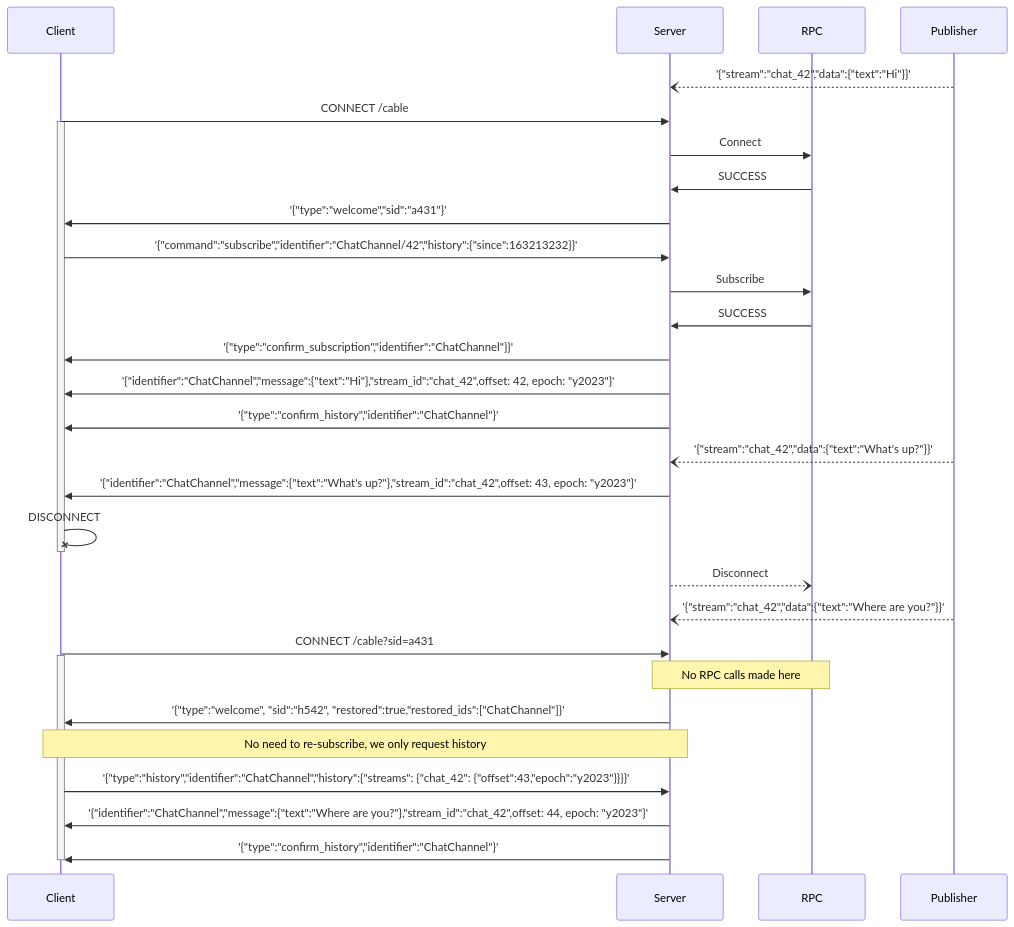
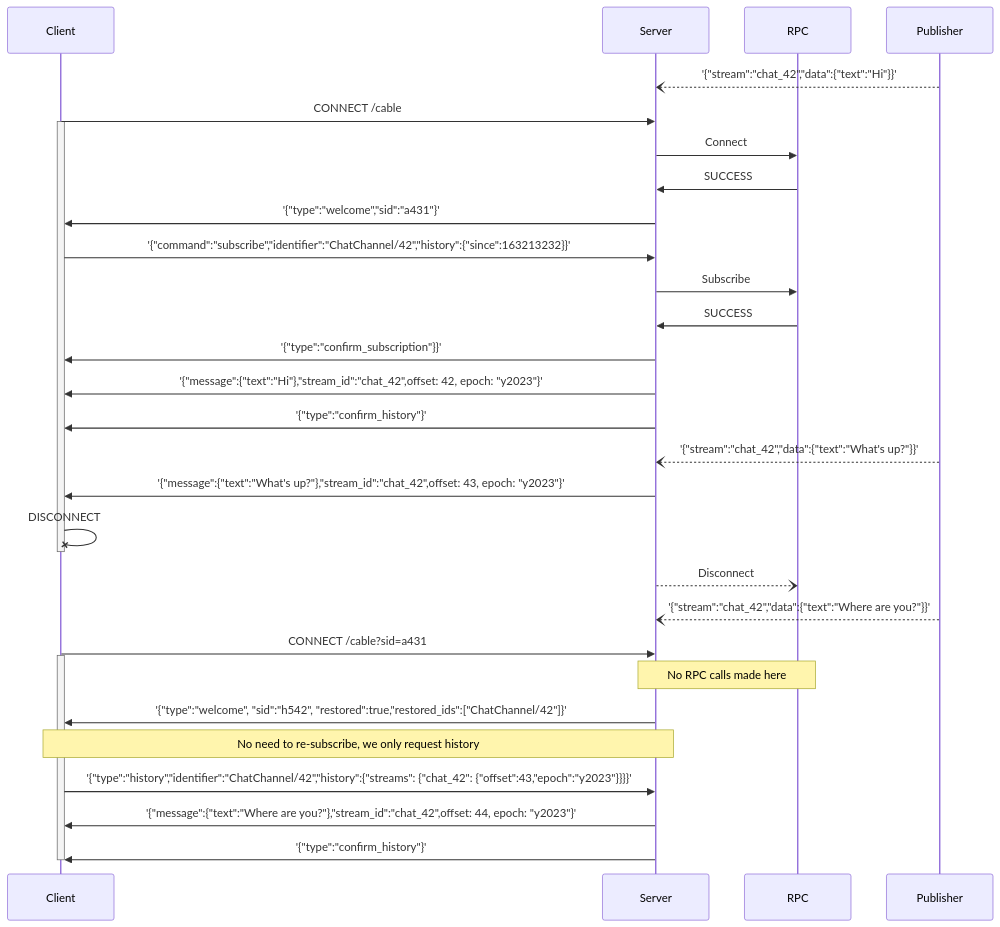
Before and after one commit to anycable/anycable: the first of 2 diagrams in docs/broker.md, drawn with Mermaid.

Commit message:
docs: upd broker sequence diagram

````diff
--- a/docs/broker.md
+++ b/docs/broker.md
@@ -58,34 +58,34 @@
 ```mermaid
 sequenceDiagram
     participant Client
     participant Server
     participant RPC
     participant Publisher
     Publisher--)Server: '{"stream":"chat_42","data":{"text":"Hi"}}'
     Client->>Server: CONNECT /cable
     activate Client
     Server->>RPC: Connect
     RPC->>Server: SUCCESS
     Server->>Client: '{"type":"welcome","sid":"a431"}'
     Client->>Server: '{"command":"subscribe","identifier":"ChatChannel/42","history":{"since":163213232}}'
     Server->>RPC: Subscribe
     RPC->>Server: SUCCESS
-    Server->>Client: '{"type":"confirm_subscription","identifier":"ChatChannel"}}'
-    Server->>Client: '{"identifier":"ChatChannel","message":{"text":"Hi"},"stream_id":"chat_42",offset: 42, epoch: "y2023"}'
-    Server->>Client: '{"type":"confirm_history","identifier":"ChatChannel"}'
+    Server->>Client: '{"type":"confirm_subscription"}}'
+    Server->>Client: '{"message":{"text":"Hi"},"stream_id":"chat_42",offset: 42, epoch: "y2023"}'
+    Server->>Client: '{"type":"confirm_history"}'
     Publisher--)Server: '{"stream":"chat_42","data":{"text":"What's up?"}}'
-    Server->>Client: '{"identifier":"ChatChannel","message":{"text":"What's up?"},"stream_id":"chat_42",offset: 43, epoch: "y2023"}'
+    Server->>Client: '{"message":{"text":"What's up?"},"stream_id":"chat_42",offset: 43, epoch: "y2023"}'
     Client-x Client: DISCONNECT
     deactivate Client
     Server--)RPC: Disconnect
     Publisher--)Server: '{"stream":"chat_42","data":{"text":"Where are you?"}}'
     Client->>Server: CONNECT /cable?sid=a431
     activate Client
     Note over Server,RPC: No RPC calls made here
-    Server->>Client: '{"type":"welcome", "sid":"h542", "restored":true,"restored_ids":["ChatChannel"]}'
+    Server->>Client: '{"type":"welcome", "sid":"h542", "restored":true,"restored_ids":["ChatChannel/42"]}'
     Note over Client,Server: No need to re-subscribe, we only request history
-    Client->>Server: '{"type":"history","identifier":"ChatChannel","history":{"streams": {"chat_42": {"offset":43,"epoch":"y2023"}}}}'
-    Server->>Client: '{"identifier":"ChatChannel","message":{"text":"Where are you?"},"stream_id":"chat_42",offset: 44, epoch: "y2023"}'
-    Server->>Client: '{"type":"confirm_history","identifier":"ChatChannel"}'
+    Client->>Server: '{"type":"history","identifier":"ChatChannel/42","history":{"streams": {"chat_42": {"offset":43,"epoch":"y2023"}}}}'
+    Server->>Client: '{"message":{"text":"Where are you?"},"stream_id":"chat_42",offset: 44, epoch: "y2023"}'
+    Server->>Client: '{"type":"confirm_history"}'
     deactivate Client
 ```
````
